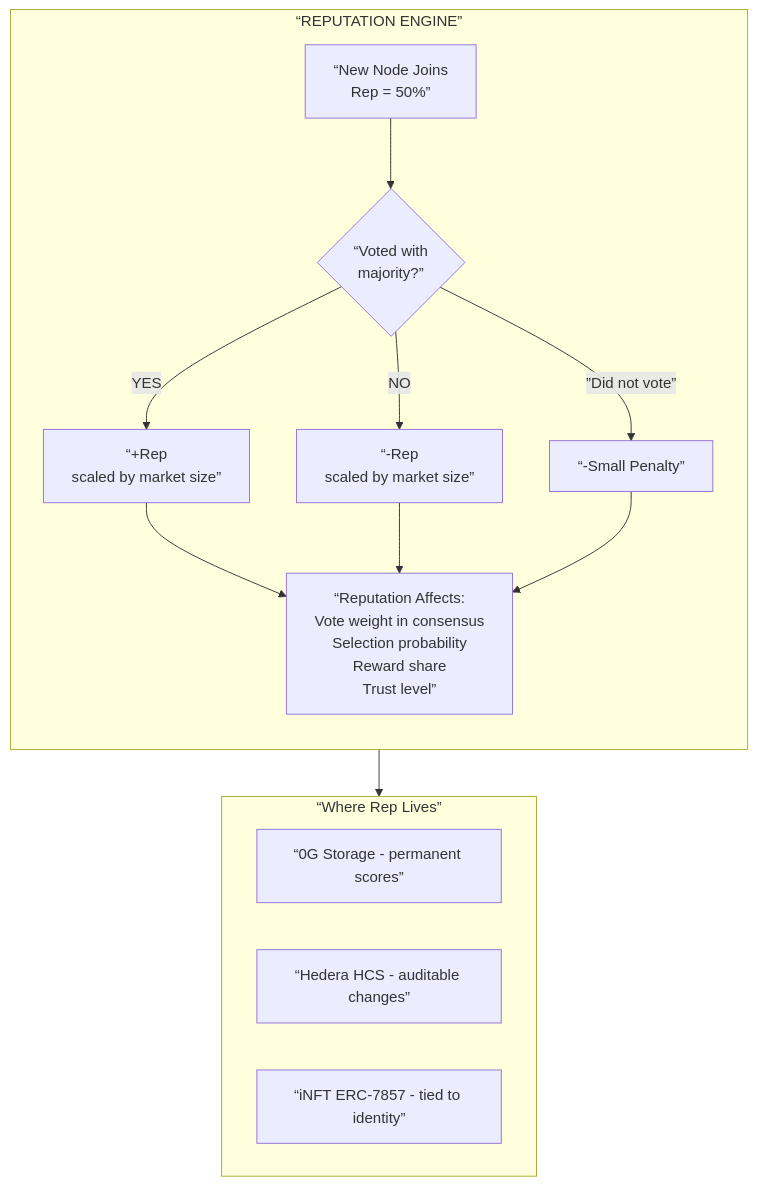
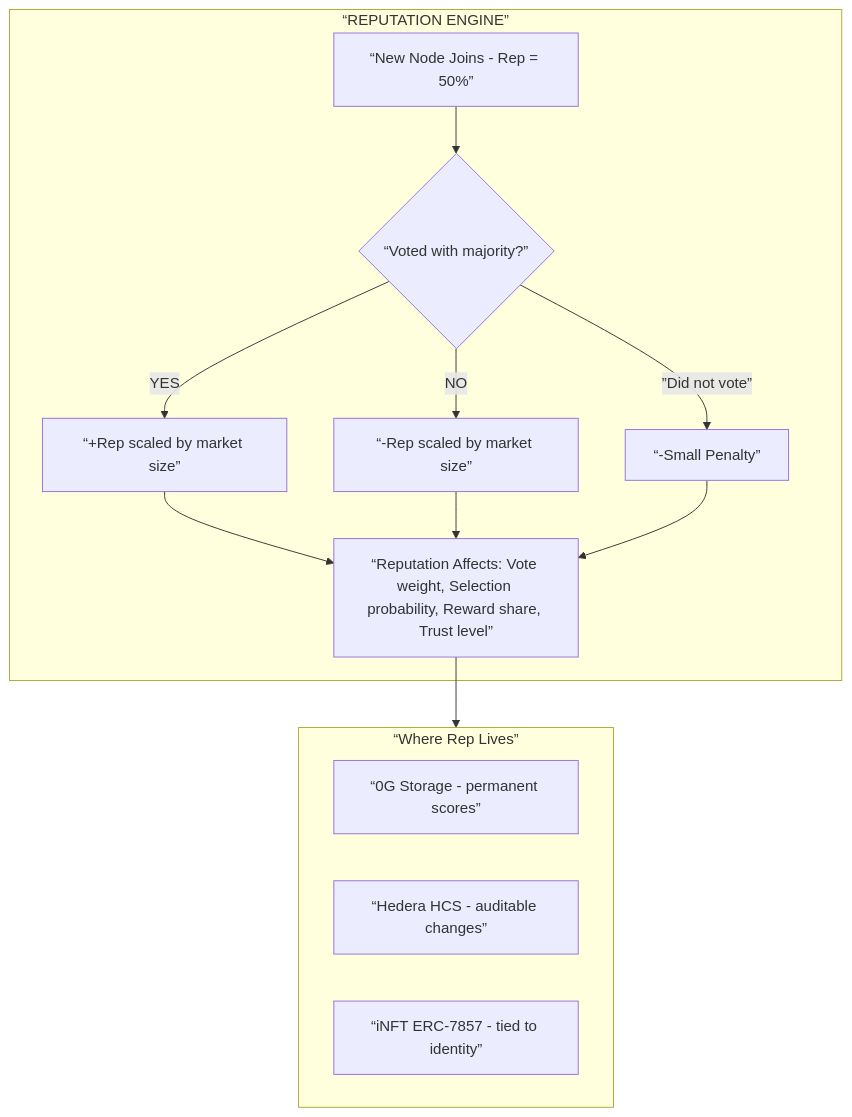
The sixth of 8 diagrams in README.md (derek2403/cannes2026), drawn with Mermaid before and after one commit. The commit also changed other lines of this file, not shown here.

````diff
--- a/README.md
+++ b/README.md
@@ -465,26 +458,25 @@
 ```mermaid
 graph TD
     subgraph REP[“REPUTATION ENGINE”]
-        direction TB
-        NEW[“New Node Joins<br/>Rep = 50%”]
-        VOTE{“Voted with<br/>majority?”}
+        NEW[“New Node Joins - Rep = 50%”]
+        VOTE{“Voted with majority?”}
         NEW --> VOTE
-        VOTE -->|YES| UP[“+Rep<br/>scaled by market size”]
-        VOTE -->|NO| DOWN[“-Rep<br/>scaled by market size”]
+        VOTE -->|YES| UP[“+Rep scaled by market size”]
+        VOTE -->|NO| DOWN[“-Rep scaled by market size”]
         VOTE -->|”Did not vote”| PENALTY[“-Small Penalty”]
 
         UP --> EFFECTS
         DOWN --> EFFECTS
         PENALTY --> EFFECTS
 
-        EFFECTS[“Reputation Affects:<br/>Vote weight in consensus<br/>Selection probability<br/>Reward share<br/>Trust level”]
+        EFFECTS[“Reputation Affects: Vote weight, Selection probability, Reward share, Trust level”]
     end
 
     subgraph STORAGE[“Where Rep Lives”]
         S1[“0G Storage - permanent scores”]
         S2[“Hedera HCS - auditable changes”]
         S3[“iNFT ERC-7857 - tied to identity”]
     end
 
     EFFECTS --> STORAGE
 ```
````
